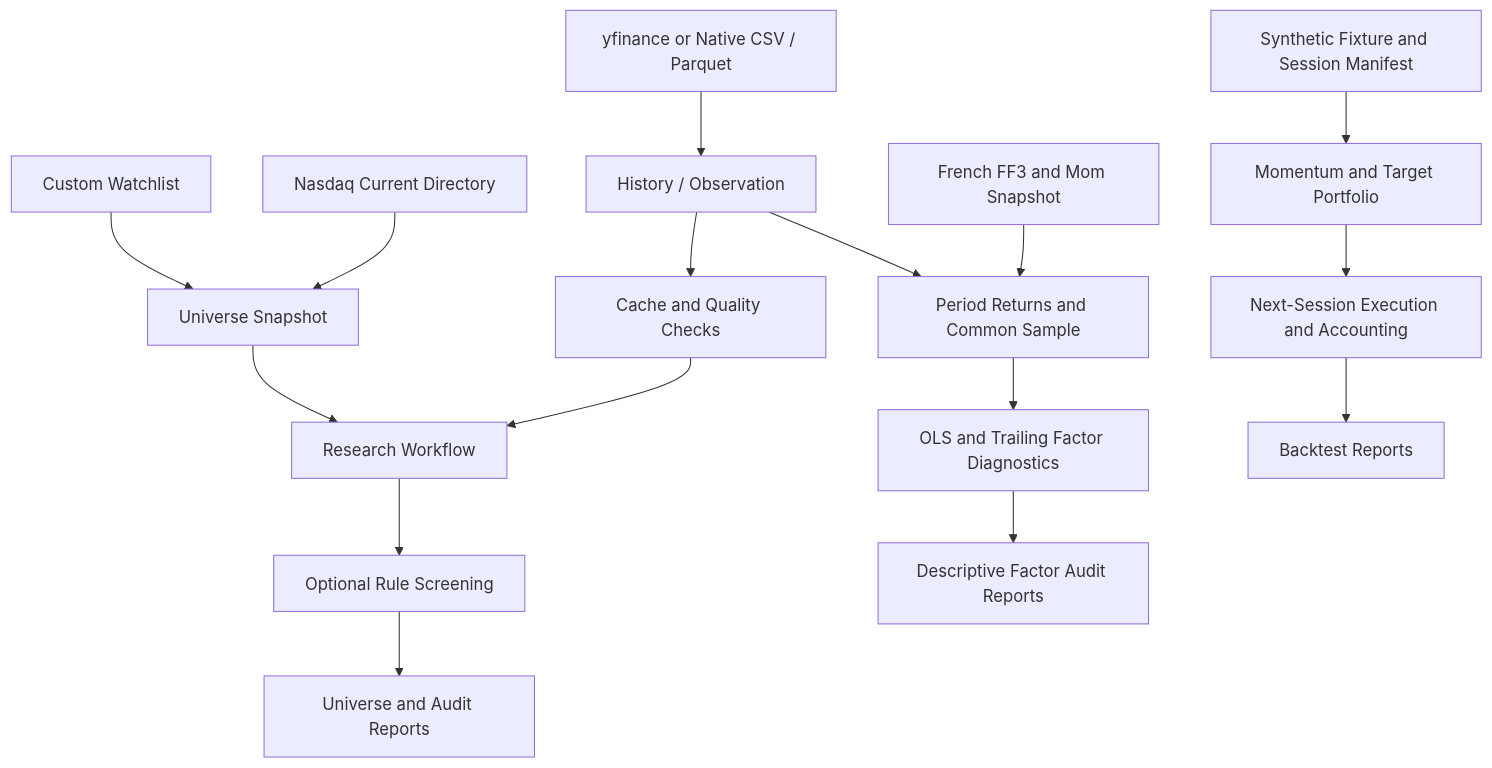
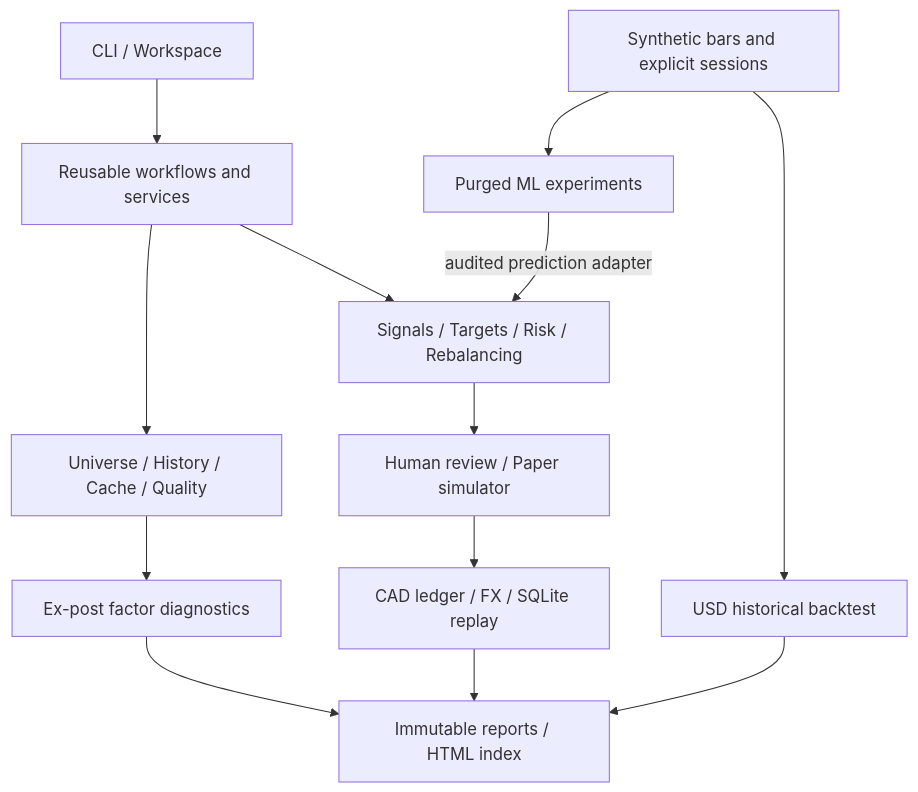
The diagram in README.md (yufeizhang06/PortfolioResearchDesk), drawn with Mermaid before and after one commit. The commit also changed other lines of this file and 42 other files, not shown here.

Commit message:
feat: integrate reproducible research and paper workflows

````diff
--- a/README.md
+++ b/README.md
@@ -76,18 +113,15 @@
 ```mermaid
 flowchart TD
-    C[Custom Watchlist] --> U[Universe Snapshot]
-    M[Nasdaq Current Directory] --> U
-    U --> R[Research Workflow]
-    A[yfinance or Native CSV / Parquet] --> H[History / Observation]
-    H --> Q[Cache and Quality Checks]
-    H --> FR[Period Returns and Common Sample]
-    FF[French FF3 and Mom Snapshot] --> FR
-    FR --> FA[OLS and Trailing Factor Diagnostics]
-    FA --> FO[Descriptive Factor Audit Reports]
-    Q --> R
-    R --> S[Optional Rule Screening]
-    S --> O[Universe and Audit Reports]
-    F[Synthetic Fixture and Session Manifest] --> B[Momentum and Target Portfolio]
-    B --> E[Next-Session Execution and Accounting]
-    E --> P[Backtest Reports]
+    CLI[CLI / Workspace] --> W[Reusable workflows and services]
+    W --> D[Universe / History / Cache / Quality]
+    D --> F[Ex-post factor diagnostics]
+    S[Synthetic bars and explicit sessions] --> M[Purged ML experiments]
+    S --> B[USD historical backtest]
+    W --> P[Signals / Targets / Risk / Rebalancing]
+    M -->|audited prediction adapter| P
+    P --> R[Human review / Paper simulator]
+    R --> L[CAD ledger / FX / SQLite replay]
+    F --> O[Immutable reports / HTML index]
+    B --> O
+    L --> O
 ```
````
